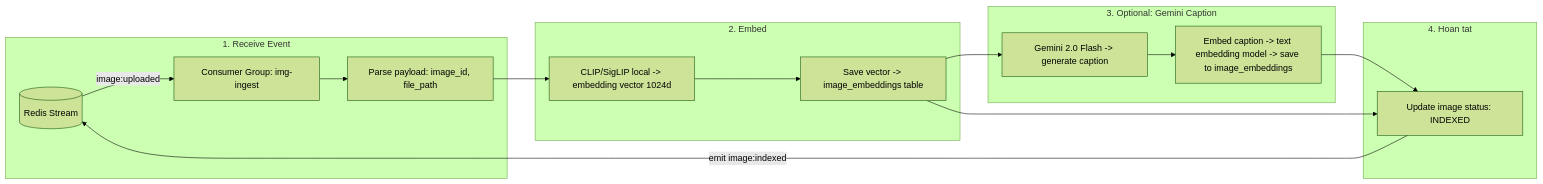
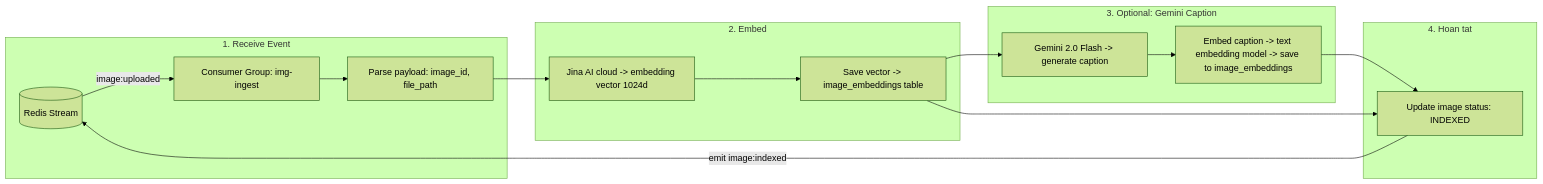
One commit to minhphu102003/image-search changed the second of 5 diagrams in docs/architectures/image-search.md. Above: the diagram before and after it, drawn with Mermaid (forest theme). The commit also changed other lines of this file and 31 other files, not shown here.

First line of the commit message:
feat: replace self-hosted SigLIP 2 with Jina AI cloud embeddings (IS-014)

````diff
--- a/docs/architectures/image-search.md
+++ b/docs/architectures/image-search.md
@@ -58,23 +58,23 @@
 ```mermaid
 flowchart LR
     subgraph Event["1. Receive Event"]
         RS[(Redis Stream)] -->|image:uploaded| W[Consumer Group: img-ingest]
         W --> B[Parse payload: image_id, file_path]
     end
 
     subgraph Embed["2. Embed"]
-        B --> C1[CLIP/SigLIP local -> embedding vector 1024d]
+        B --> C1[Jina AI cloud -> embedding vector 1024d]
         C1 --> D1[Save vector -> image_embeddings table]
     end
 
     subgraph Optional["3. Optional: Gemini Caption"]
         D1 --> E1[Gemini 2.0 Flash -> generate caption]
         E1 --> F1[Embed caption -> text embedding model -> save to image_embeddings]
     end
 
     subgraph Done["4. Hoan tat"]
         F1 --> G1[Update image status: INDEXED]
         D1 --> G1
         G1 -->|emit image:indexed| RS
     end
 ```
````
